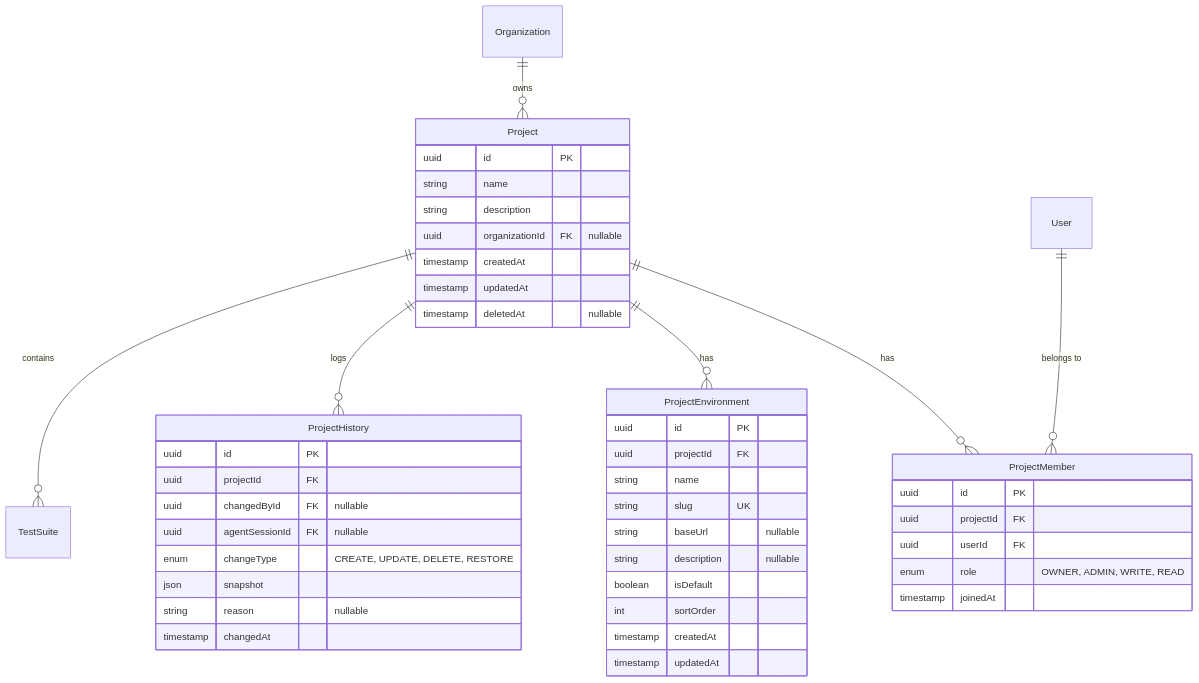
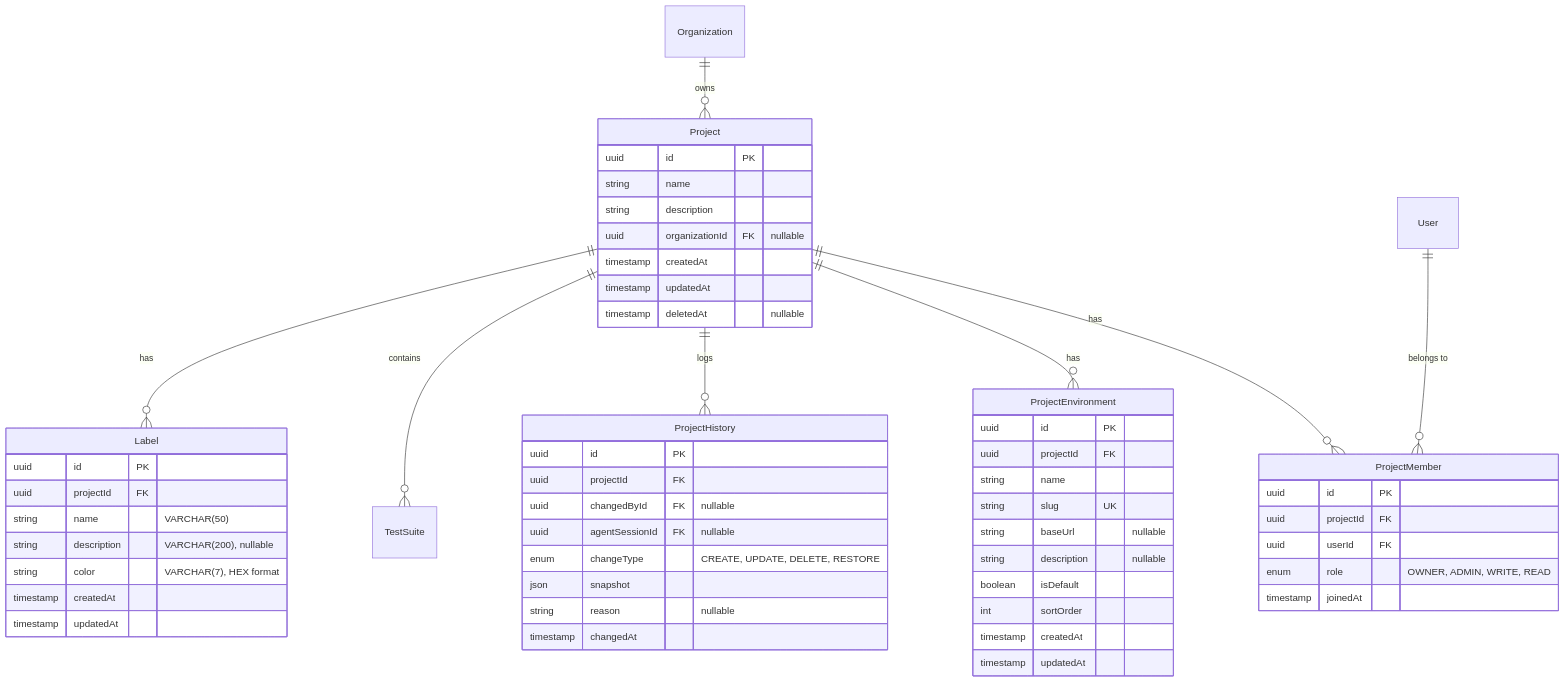
Before and after one commit to tsutsumi389/agentest: the sixth of 6 diagrams in docs/architecture/features/project-management.md, drawn with Mermaid. The commit also changed other lines of this file and 5 other files, not shown here.

````diff
--- a/docs/architecture/features/project-management.md
+++ b/docs/architecture/features/project-management.md
@@ -315,51 +333,62 @@
 ```mermaid
 erDiagram
     Project ||--o{ ProjectMember : "has"
     Project ||--o{ ProjectEnvironment : "has"
     Project ||--o{ ProjectHistory : "logs"
     Project ||--o{ TestSuite : "contains"
+    Project ||--o{ Label : "has"
     Organization ||--o{ Project : "owns"
     User ||--o{ ProjectMember : "belongs to"
 
     Project {
         uuid id PK
         string name
         string description
         uuid organizationId FK "nullable"
         timestamp createdAt
         timestamp updatedAt
         timestamp deletedAt "nullable"
     }
 
     ProjectMember {
         uuid id PK
         uuid projectId FK
         uuid userId FK
         enum role "OWNER, ADMIN, WRITE, READ"
         timestamp joinedAt
     }
 
     ProjectEnvironment {
         uuid id PK
         uuid projectId FK
         string name
         string slug UK
         string baseUrl "nullable"
         string description "nullable"
         boolean isDefault
         int sortOrder
         timestamp createdAt
         timestamp updatedAt
     }
 
     ProjectHistory {
         uuid id PK
         uuid projectId FK
         uuid changedById FK "nullable"
         uuid agentSessionId FK "nullable"
         enum changeType "CREATE, UPDATE, DELETE, RESTORE"
         json snapshot
         string reason "nullable"
         timestamp changedAt
     }
+
+    Label {
+        uuid id PK
+        uuid projectId FK
+        string name "VARCHAR(50)"
+        string description "VARCHAR(200), nullable"
+        string color "VARCHAR(7), HEX format"
+        timestamp createdAt
+        timestamp updatedAt
+    }
 ```
````
